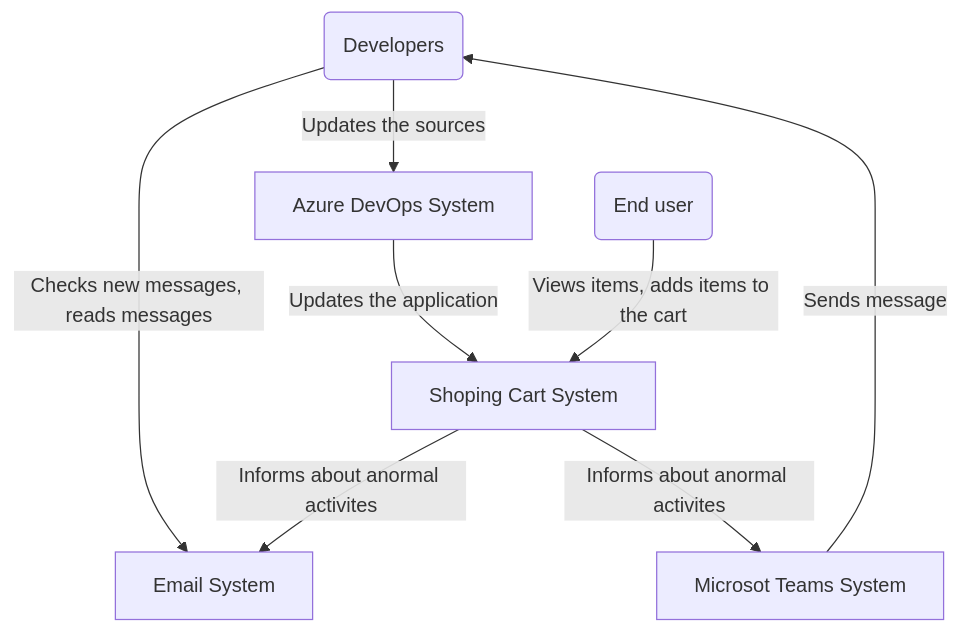
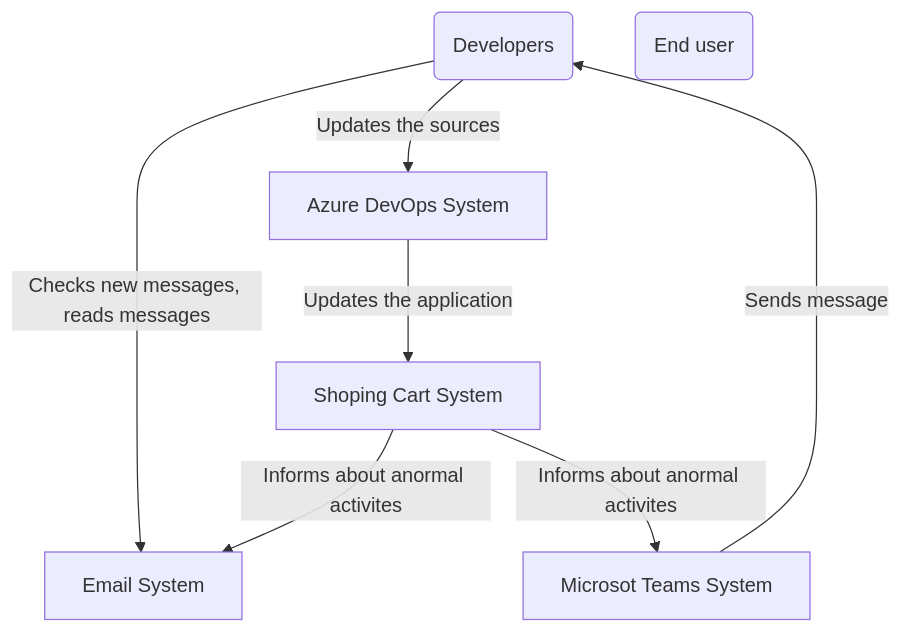
The first of 2 diagrams in README.md (clemlesne/shopping-cart-devops-demo), drawn with Mermaid before and after one commit. The commit also changed other lines of this file and 13 other files, not shown here.

````diff
--- a/README.md
+++ b/README.md
@@ -190,21 +190,20 @@
 ```mermaid
 flowchart TB
   %% Personas
   developers(Developers)
   user(End user)
 
   %% Systems
   email[Email System]
   azdevops[Azure DevOps System]
   teams[Microsot Teams System]
   this[Shoping Cart System]
 
   %% Relations
   developers -- Checks new messages, reads messages --> email
   developers -- Updates the sources --> azdevops
   azdevops -- Updates the application --> this
   teams -- Sends message --> developers
   this -- Informs about anormal activites --> email
   this -- Informs about anormal activites --> teams
-  user -- Views items, adds items to the cart --> this
 ```
````
